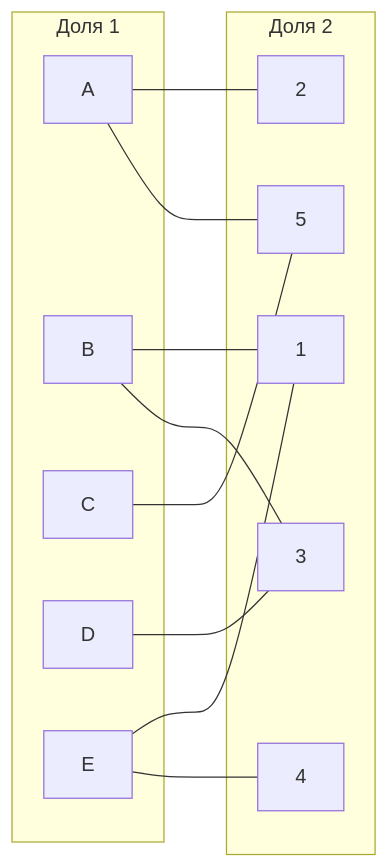
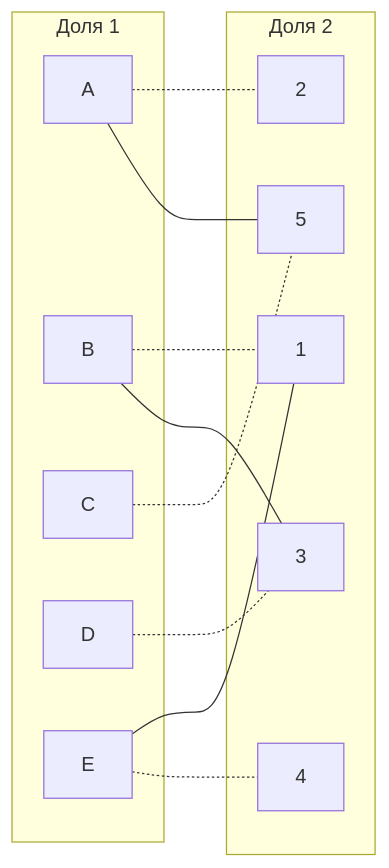
One commit to HSE-algo-23-crow/manual_tasks changed the fourth of 4 diagrams in task_13/girls_task_13.md. Above: the diagram before and after it, drawn with Mermaid. The commit also changed other lines of this file, not shown here.

````diff
--- a/task_13/girls_task_13.md
+++ b/task_13/girls_task_13.md
@@ -180,25 +180,25 @@
 ```mermaid
 graph LR
     subgraph "Доля 1"
         A[A]
         B[B]
         C[C]
         D[D]
         E[E]
     end
     subgraph "Доля 2"
         1[1]
         2[2]
         3[3]
         4[4]
         5[5]
     end
     E --- 1
-    B --- 1
-    A --- 2
-    D --- 3
+    B -.- 1
+    A -.- 2
+    D -.- 3
     B --- 3
-    E --- 4
     A --- 5
-    C --- 5
+    C -.- 5
+    E -.- 4
 ```
````
